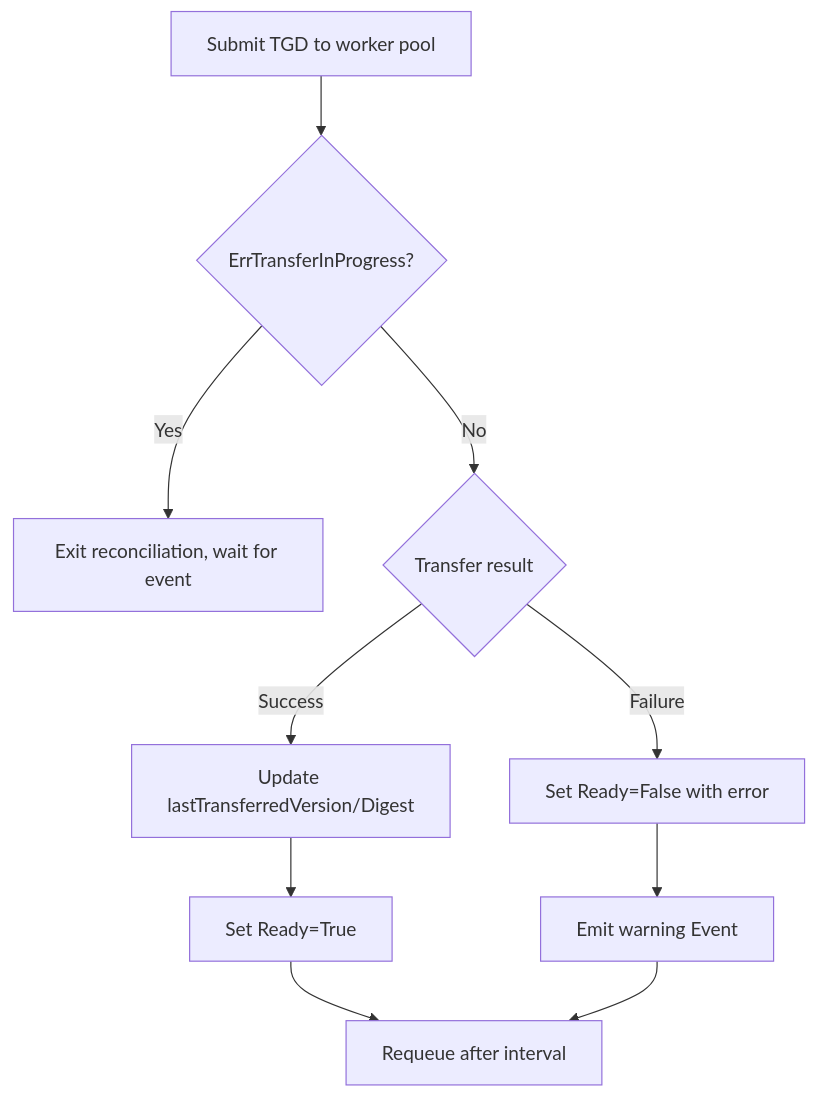
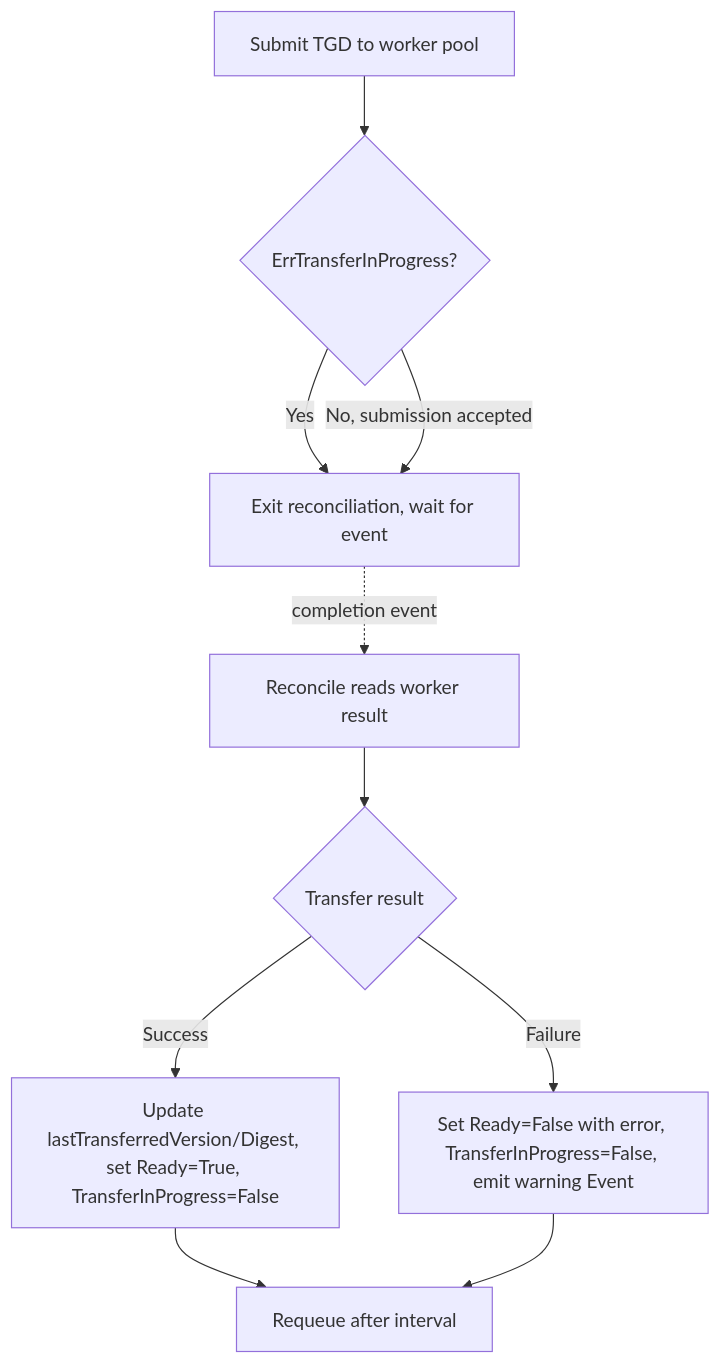
The second of 2 diagrams in docs/adr/0017_replication_controller.md (open-component-model/open-component-model), drawn with Mermaid before and after one commit. The commit also changed other lines of this file, not shown here.

````diff
--- a/docs/adr/0017_replication_controller.md
+++ b/docs/adr/0017_replication_controller.md
@@ -155,12 +174,12 @@
 ```mermaid
 flowchart TD
     A[Submit TGD to worker pool] --> B{ErrTransferInProgress?}
     B -->|Yes| C[Exit reconciliation, wait for event]
-    B -->|No| D{Transfer result}
-    D -->|Success| E[Update lastTransferredVersion/Digest]
-    E --> F[Set Ready=True]
-    D -->|Failure| G[Set Ready=False with error]
-    G --> H[Emit warning Event]
-    F --> I[Requeue after interval]
-    H --> I
+    B -->|No, submission accepted| C
+    C -.completion event.-> R[Reconcile reads worker result]
+    R --> D{Transfer result}
+    D -->|Success| E[Update lastTransferredVersion/Digest, set Ready=True, TransferInProgress=False]
+    D -->|Failure| G[Set Ready=False with error, TransferInProgress=False, emit warning Event]
+    E --> I[Requeue after interval]
+    G --> I
 ```
````
